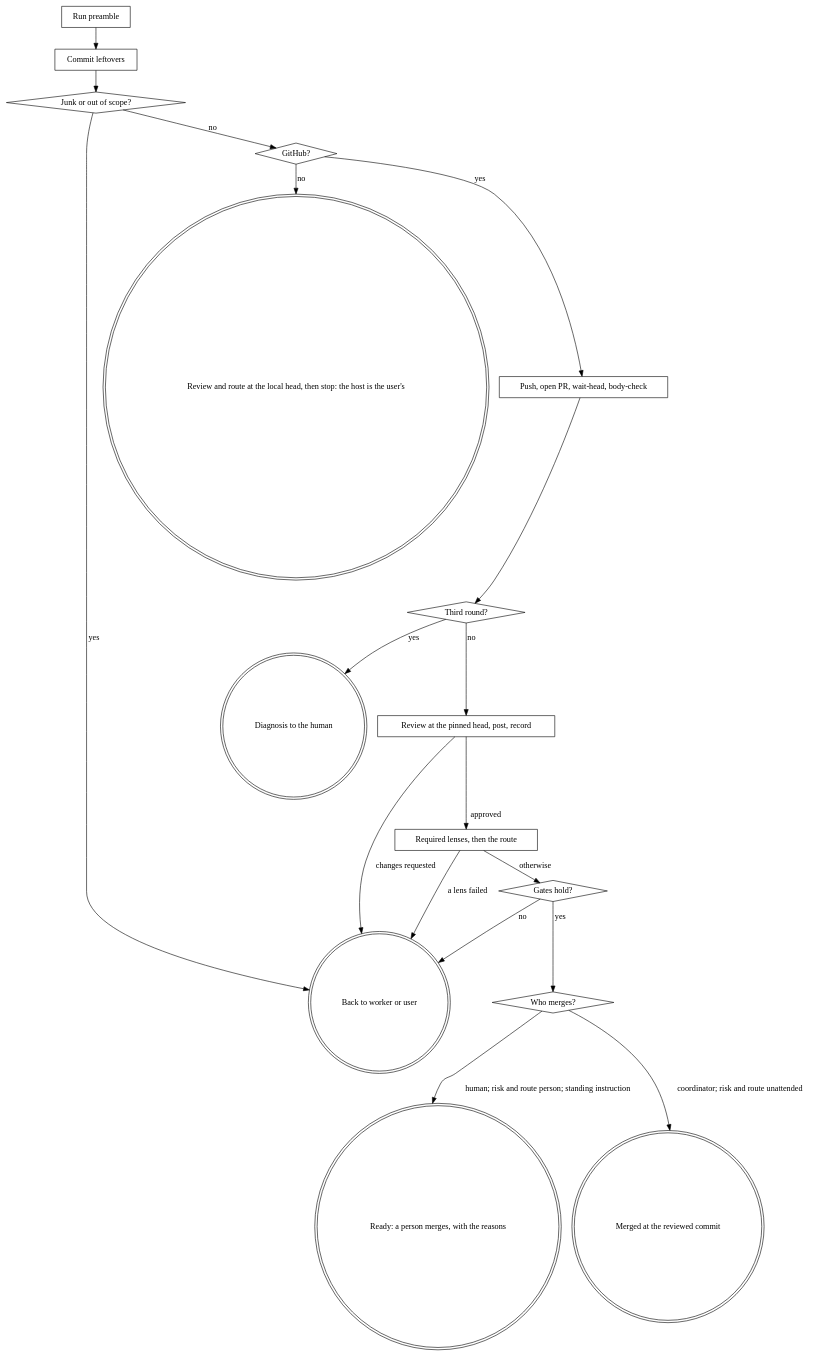
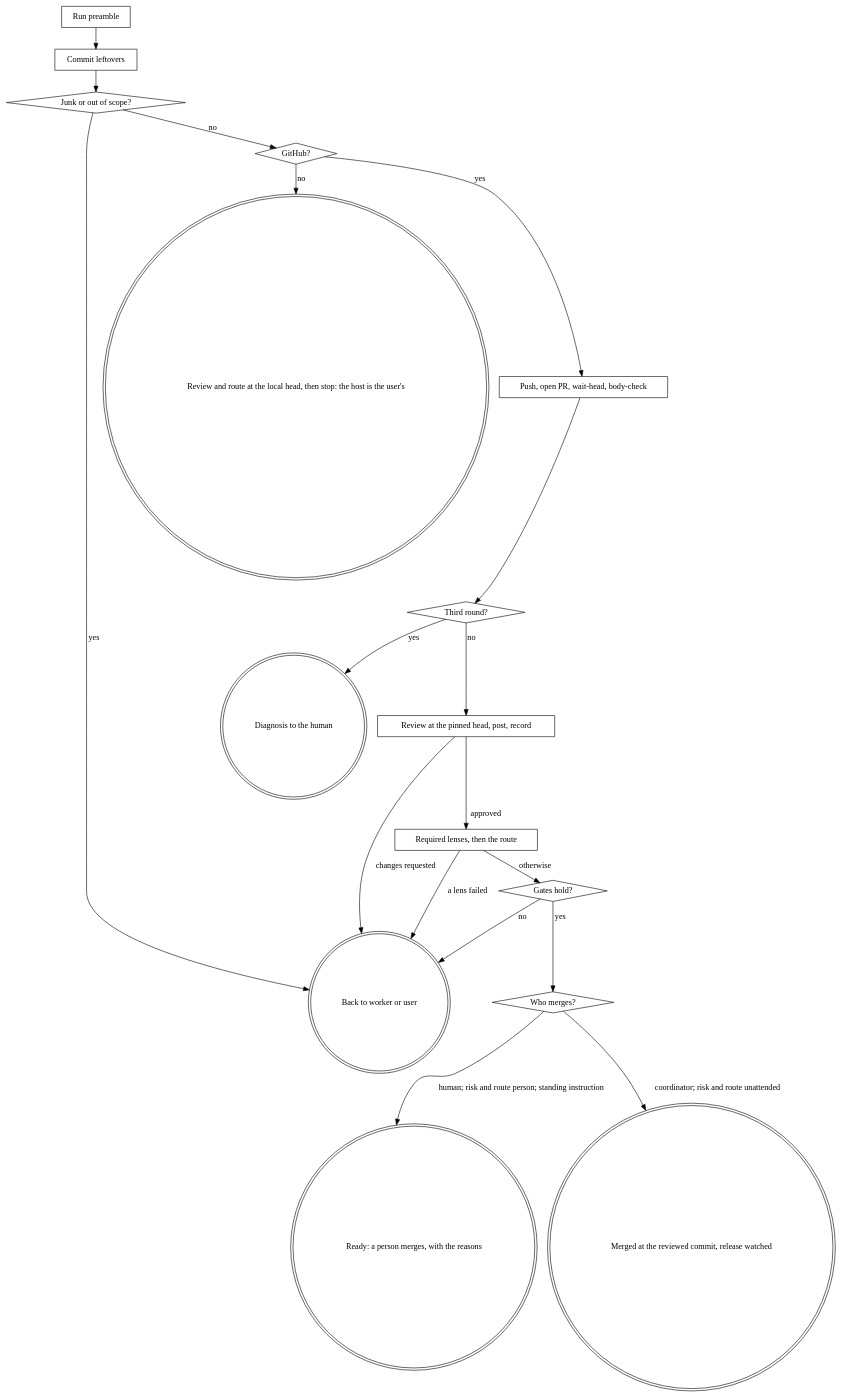
The diagram in skills/finish-lane/SKILL.md (Yesterday-AI/ytstack), drawn with Graphviz before and after one commit. The commit also changed other lines of this file and 4 other files, not shown here.

````diff
--- a/skills/finish-lane/SKILL.md
+++ b/skills/finish-lane/SKILL.md
@@ -51,36 +52,36 @@
 ```dot
 digraph finish_lane {
     "Run preamble" [shape=box];
     "Commit leftovers" [shape=box];
     "Junk or out of scope?" [shape=diamond];
     "Back to worker or user" [shape=doublecircle];
     "GitHub?" [shape=diamond];
     "Review and route at the local head, then stop: the host is the user's" [shape=doublecircle];
     "Push, open PR, wait-head, body-check" [shape=box];
     "Third round?" [shape=diamond];
     "Diagnosis to the human" [shape=doublecircle];
     "Review at the pinned head, post, record" [shape=box];
     "Required lenses, then the route" [shape=box];
     "Gates hold?" [shape=diamond];
     "Who merges?" [shape=diamond];
     "Ready: a person merges, with the reasons" [shape=doublecircle];
-    "Merged at the reviewed commit" [shape=doublecircle];
+    "Merged at the reviewed commit, release watched" [shape=doublecircle];
 
     "Run preamble" -> "Commit leftovers" -> "Junk or out of scope?";
     "Junk or out of scope?" -> "Back to worker or user" [label="yes"];
     "Junk or out of scope?" -> "GitHub?" [label="no"];
     "GitHub?" -> "Review and route at the local head, then stop: the host is the user's" [label="no"];
     "GitHub?" -> "Push, open PR, wait-head, body-check" [label="yes"];
     "Push, open PR, wait-head, body-check" -> "Third round?";
     "Third round?" -> "Diagnosis to the human" [label="yes"];
     "Third round?" -> "Review at the pinned head, post, record" [label="no"];
     "Review at the pinned head, post, record" -> "Back to worker or user" [label="changes requested"];
     "Review at the pinned head, post, record" -> "Required lenses, then the route" [label="approved"];
     "Required lenses, then the route" -> "Back to worker or user" [label="a lens failed"];
     "Required lenses, then the route" -> "Gates hold?" [label="otherwise"];
     "Gates hold?" -> "Back to worker or user" [label="no"];
     "Gates hold?" -> "Who merges?" [label="yes"];
     "Who merges?" -> "Ready: a person merges, with the reasons" [label="human; risk and route person; standing instruction"];
-    "Who merges?" -> "Merged at the reviewed commit" [label="coordinator; risk and route unattended"];
+    "Who merges?" -> "Merged at the reviewed commit, release watched" [label="coordinator; risk and route unattended"];
 }
 ```
````
